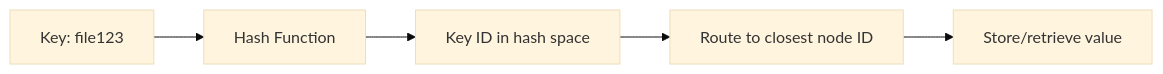
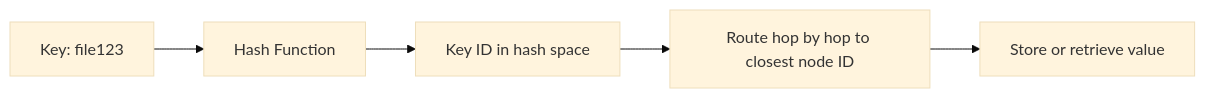
The second of 3 diagrams in advanced/04-peer-to-peer-networks.md (mohllal/system-design-interview-prep), drawn with Mermaid (base theme) before and after one commit. The commit also changed other lines of this file and 6 other files, not shown here.

````diff
--- a/advanced/04-peer-to-peer-networks.md
+++ b/advanced/04-peer-to-peer-networks.md
@@ -101,7 +111,7 @@
 ```mermaid
 graph LR
     K[Key: file123] --> H[Hash Function]
     H --> ID[Key ID in hash space]
-    ID --> N[Route to closest node ID]
-    N --> S[Store/retrieve value]
+    ID --> N[Route hop by hop to closest node ID]
+    N --> S[Store or retrieve value]
 ```
````
